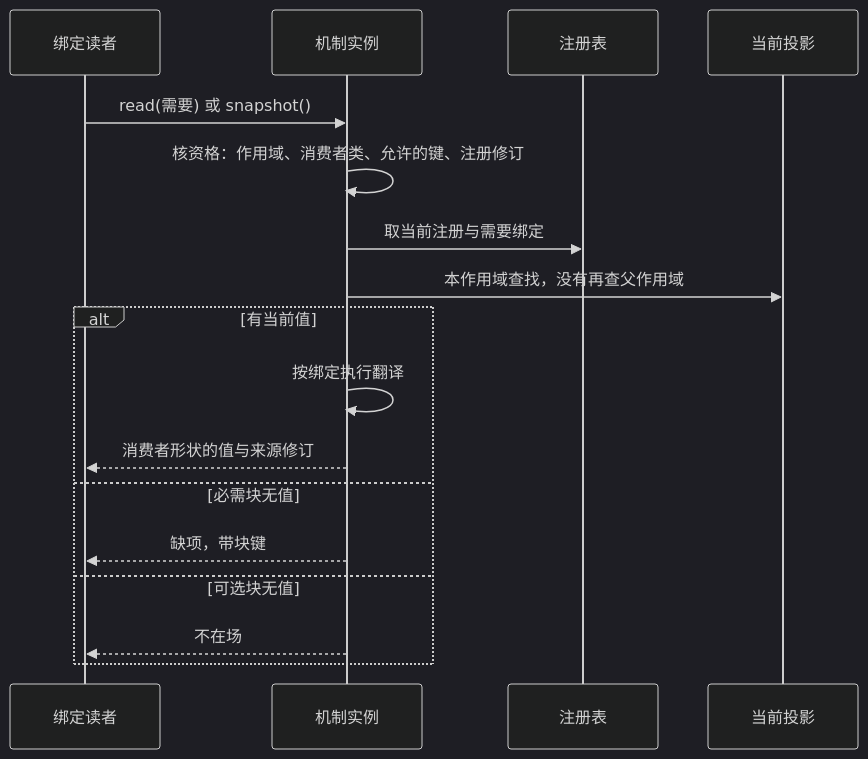
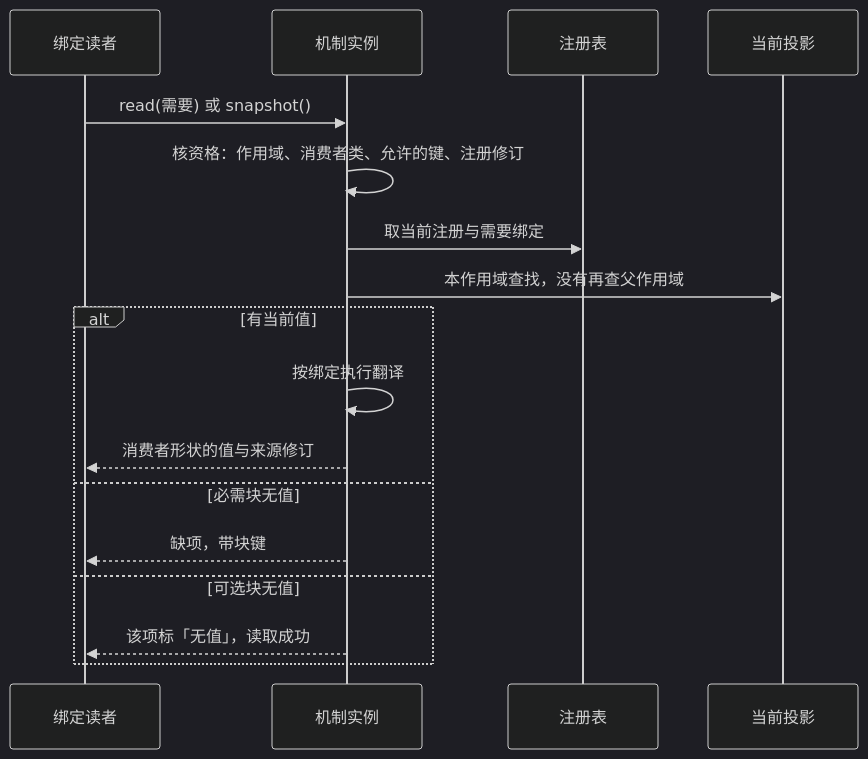
Before and after one commit to nemori-ai/omne-harness-lite: the third of 5 diagrams in packages/context/runtime-context/docs/flows.md, drawn with Mermaid (dark theme). The commit also changed other lines of this file and 70 other files, not shown here.

````diff
--- a/packages/context/runtime-context/docs/flows.md
+++ b/packages/context/runtime-context/docs/flows.md
@@ -79,19 +79,19 @@
 ```mermaid
 sequenceDiagram
   participant R as 绑定读者
   participant M as 机制实例
   participant Reg as 注册表
   participant Proj as 当前投影
   R->>M: read(需要) 或 snapshot()
   M->>M: 核资格：作用域、消费者类、允许的键、注册修订
   M->>Reg: 取当前注册与需要绑定
   M->>Proj: 本作用域查找，没有再查父作用域
   alt 有当前值
     M->>M: 按绑定执行翻译
     M-->>R: 消费者形状的值与来源修订
   else 必需块无值
     M-->>R: 缺项，带块键
   else 可选块无值
-    M-->>R: 不在场
+    M-->>R: 该项标「无值」，读取成功
   end
 ```
````
